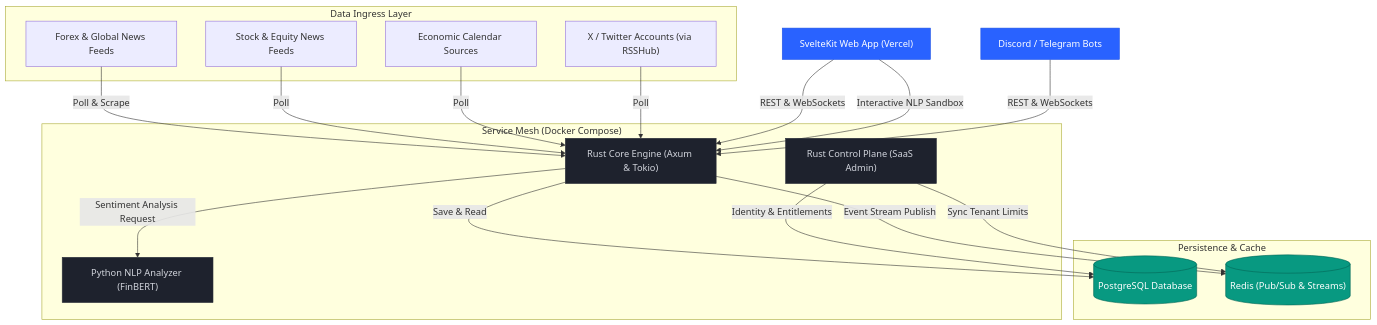
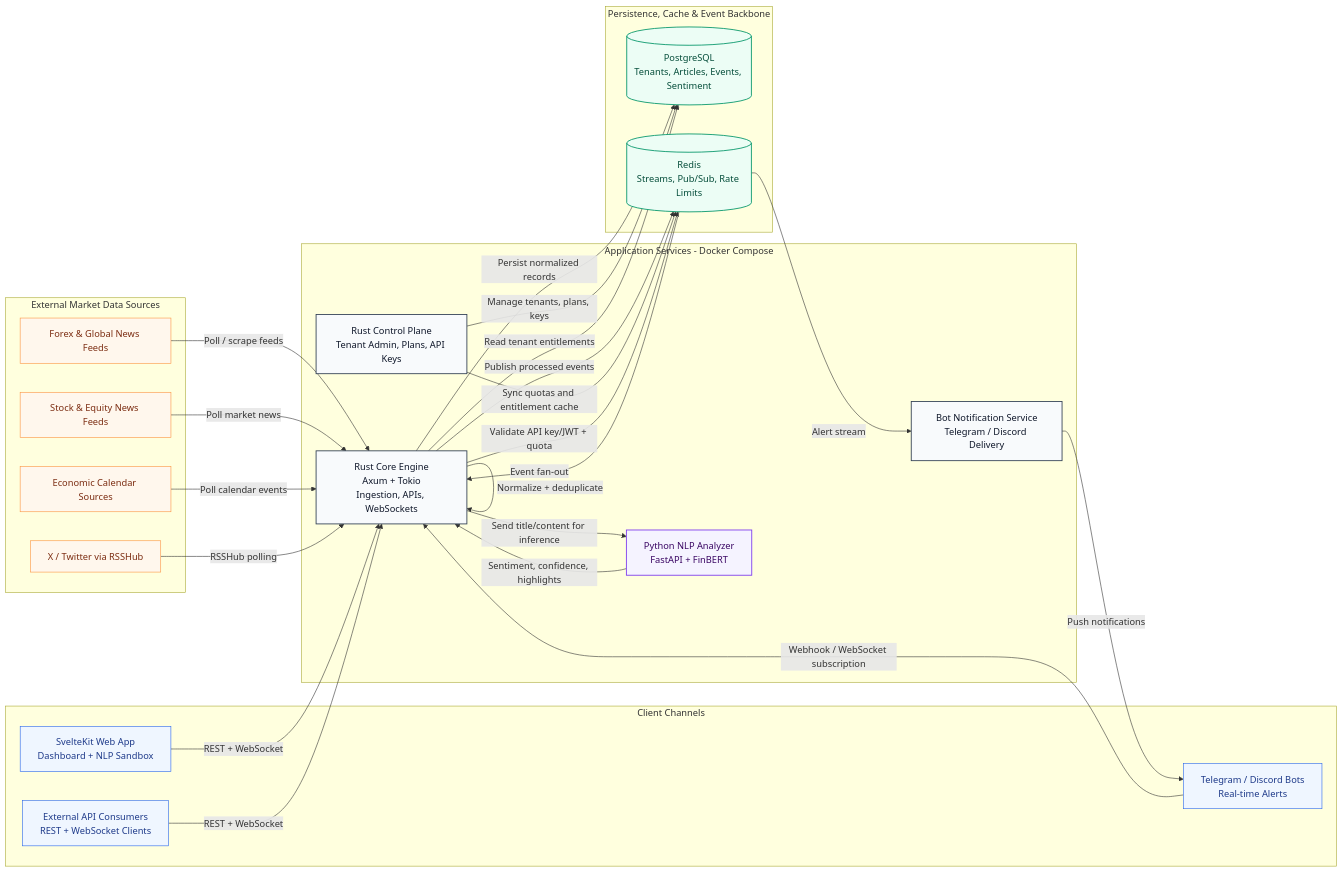
Before and after one commit to wignn/pia-engine: the first of 3 diagrams in README.md, drawn with Mermaid. The commit also changed other lines of this file, not shown here.

Commit message:
feat: enhance README with detailed platform architecture and data flow descriptions

````diff
--- a/README.md
+++ b/README.md
@@ -11,53 +18,89 @@
 ```mermaid
-graph TD
-    %% Clients
-    Browser["SvelteKit Web App (Vercel)"]
-    Bot["Discord / Telegram Bots"]
-
-    %% Data Ingress
-    subgraph Ingress ["Data Ingress Layer"]
-        Forex["Forex & Global News Feeds"]
-        Stock["Stock & Equity News Feeds"]
-        Calendar["Economic Calendar Sources"]
-        Twitter["X / Twitter Accounts (via RSSHub)"]
+flowchart LR
+    %% =====================================================
+    %% External Clients
+    %% =====================================================
+    subgraph Clients["Client Channels"]
+        Web["SvelteKit Web App\nDashboard + NLP Sandbox"]
+        Bots["Telegram / Discord Bots\nReal-time Alerts"]
+        API["External API Consumers\nREST + WebSocket Clients"]
     end
 
-    %% Core Services
-    subgraph Backend ["Service Mesh (Docker Compose)"]
-        Core["Rust Core Engine (Axum & Tokio)"]
-        Plane["Rust Control Plane (SaaS Admin)"]
-        Analyzer["Python NLP Analyzer (FinBERT)"]
+    %% =====================================================
+    %% External Data Sources
+    %% =====================================================
+    subgraph Sources["External Market Data Sources"]
+        Forex["Forex & Global News Feeds"]
+        Stocks["Stock & Equity News Feeds"]
+        Calendar["Economic Calendar Sources"]
+        Social["X / Twitter via RSSHub"]
     end
 
-    %% Storage
-    subgraph Data ["Persistence & Cache"]
-        Postgres[("PostgreSQL Database")]
-        Redis[("Redis (Pub/Sub & Streams)")]
+    %% =====================================================
+    %% Application Layer
+    %% =====================================================
+    subgraph App["Application Services - Docker Compose"]
+        Core["Rust Core Engine\nAxum + Tokio\nIngestion, APIs, WebSockets"]
+        Control["Rust Control Plane\nTenant Admin, Plans, API Keys"]
+        Analyzer["Python NLP Analyzer\nFastAPI + FinBERT"]
+        BotSvc["Bot Notification Service\nTelegram / Discord Delivery"]
     end
 
-    %% Data Flow
-    Forex -->|Poll & Scrape| Core
-    Stock -->|Poll| Core
-    Calendar -->|Poll| Core
-    Twitter -->|Poll| Core
+    %% =====================================================
+    %% Data Layer
+    %% =====================================================
+    subgraph Data["Persistence, Cache & Event Backbone"]
+        PG[("PostgreSQL\nTenants, Articles, Events, Sentiment")]
+        Redis[("Redis\nStreams, Pub/Sub, Rate Limits")]
+    end
 
-    Core -->|Save & Read| Postgres
-    Core -->|Sentiment Analysis Request| Analyzer
-    Core -->|Event Stream Publish| Redis
-    
-    Plane -->|Identity & Entitlements| Postgres
-    Plane -->|Sync Tenant Limits| Redis
+    %% =====================================================
+    %% Ingestion Flow
+    %% =====================================================
+    Forex -->|Poll / scrape feeds| Core
+    Stocks -->|Poll market news| Core
+    Calendar -->|Poll calendar events| Core
+    Social -->|RSSHub polling| Core
 
-    %% Client Access
-    Browser -->|REST & WebSockets| Core
-    Browser -->|Interactive NLP Sandbox| Core
-    Bot -->|REST & WebSockets| Core
+    %% =====================================================
+    %% Processing Flow
+    %% =====================================================
+    Core -->|Normalize + deduplicate| Core
+    Core -->|Send title/content for inference| Analyzer
+    Analyzer -->|Sentiment, confidence, highlights| Core
+    Core -->|Persist normalized records| PG
+    Core -->|Publish processed events| Redis
 
-    classDef client fill:#2962FF,stroke:#1E53E5,color:#fff;
-    classDef service fill:#1E222D,stroke:#2A2E39,color:#D1D4DC;
-    classDef db fill:#089981,stroke:#056656,color:#fff;
-    
-    class Browser,Bot client;
-    class Core,Plane,Analyzer service;
-    class Postgres,Redis db;
+    %% =====================================================
+    %% Governance Flow
+    %% =====================================================
+    Control -->|Manage tenants, plans, keys| PG
+    Control -->|Sync quotas and entitlement cache| Redis
+    Core -->|Validate API key/JWT + quota| Redis
+    Core -->|Read tenant entitlements| PG
+
+    %% =====================================================
+    %% Distribution Flow
+    %% =====================================================
+    Web -->|REST + WebSocket| Core
+    API -->|REST + WebSocket| Core
+    Bots -->|Webhook / WebSocket subscription| Core
+    Redis -->|Event fan-out| Core
+    Redis -->|Alert stream| BotSvc
+    BotSvc -->|Push notifications| Bots
+
+    %% =====================================================
+    %% Styling
+    %% =====================================================
+    classDef source fill:#FFF7ED,stroke:#FB923C,color:#7C2D12,stroke-width:1px;
+    classDef client fill:#EFF6FF,stroke:#2563EB,color:#1E3A8A,stroke-width:1px;
+    classDef service fill:#F8FAFC,stroke:#334155,color:#0F172A,stroke-width:1.5px;
+    classDef ai fill:#F5F3FF,stroke:#7C3AED,color:#3B0764,stroke-width:1.5px;
+    classDef data fill:#ECFDF5,stroke:#059669,color:#064E3B,stroke-width:1.5px;
+
+    class Forex,Stocks,Calendar,Social source;
+    class Web,Bots,API client;
+    class Core,Control,BotSvc service;
+    class Analyzer ai;
+    class PG,Redis data;
 ```
````
